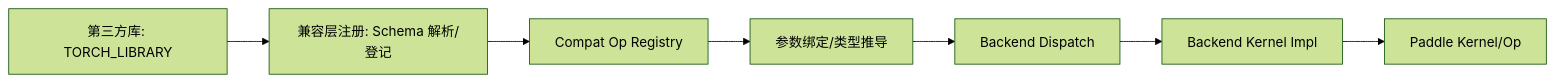
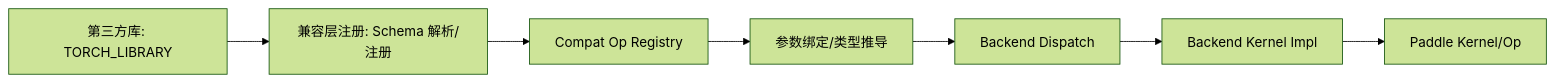
Before and after one commit to PaddlePaddle/community: the diagram in rfcs/Others/20260202_design_Cross_for_ecosystem_Op_Reg_Compatibility.md, drawn with Mermaid (forest theme). The commit also changed other lines of this file, not shown here.

````diff
--- a/rfcs/Others/20260202_design_Cross_for_ecosystem_Op_Reg_Compatibility.md
+++ b/rfcs/Others/20260202_design_Cross_for_ecosystem_Op_Reg_Compatibility.md
@@ -72,9 +72,9 @@
 ```mermaid
 flowchart LR
-  A[第三方库: TORCH_LIBRARY] --> B[兼容层注册: Schema 解析/登记]
+  A[第三方库: TORCH_LIBRARY] --> B[兼容层注册: Schema 解析/注册]
   B --> C[Compat Op Registry]
   C --> D[参数绑定/类型推导]
   D --> E[Backend Dispatch]
   E --> F[Backend Kernel Impl]
   F --> G[Paddle Kernel/Op]
 ```
````
